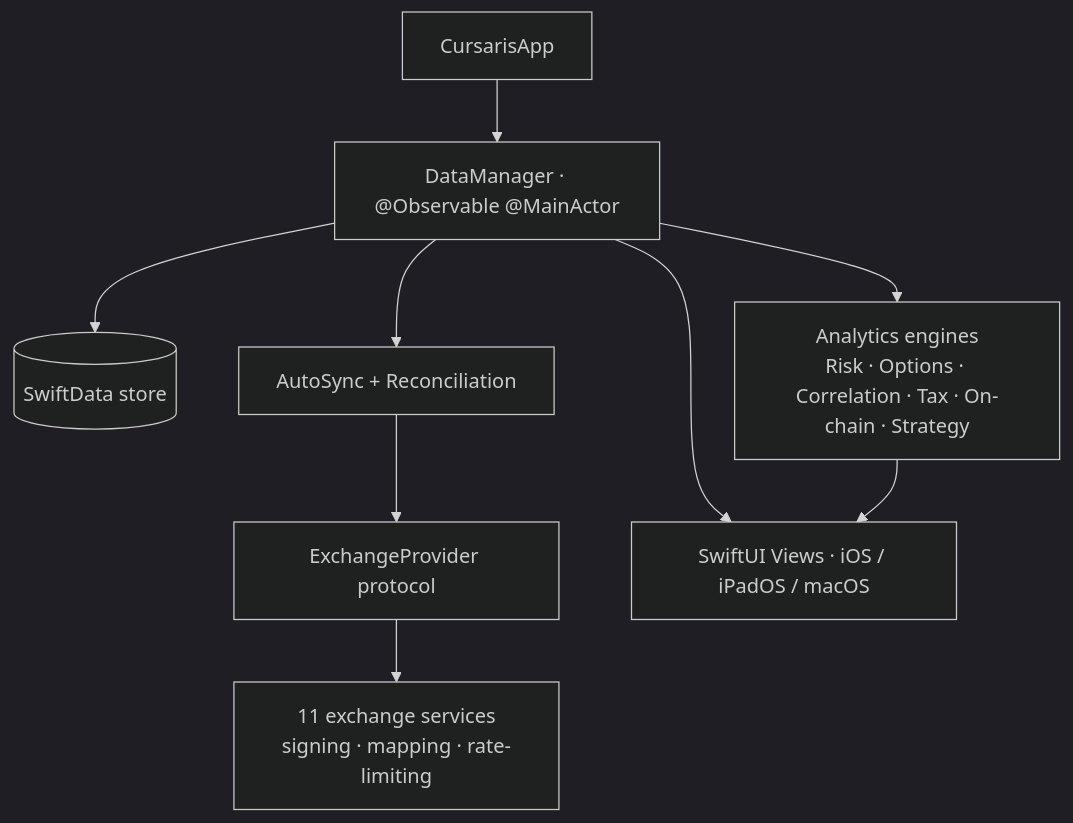
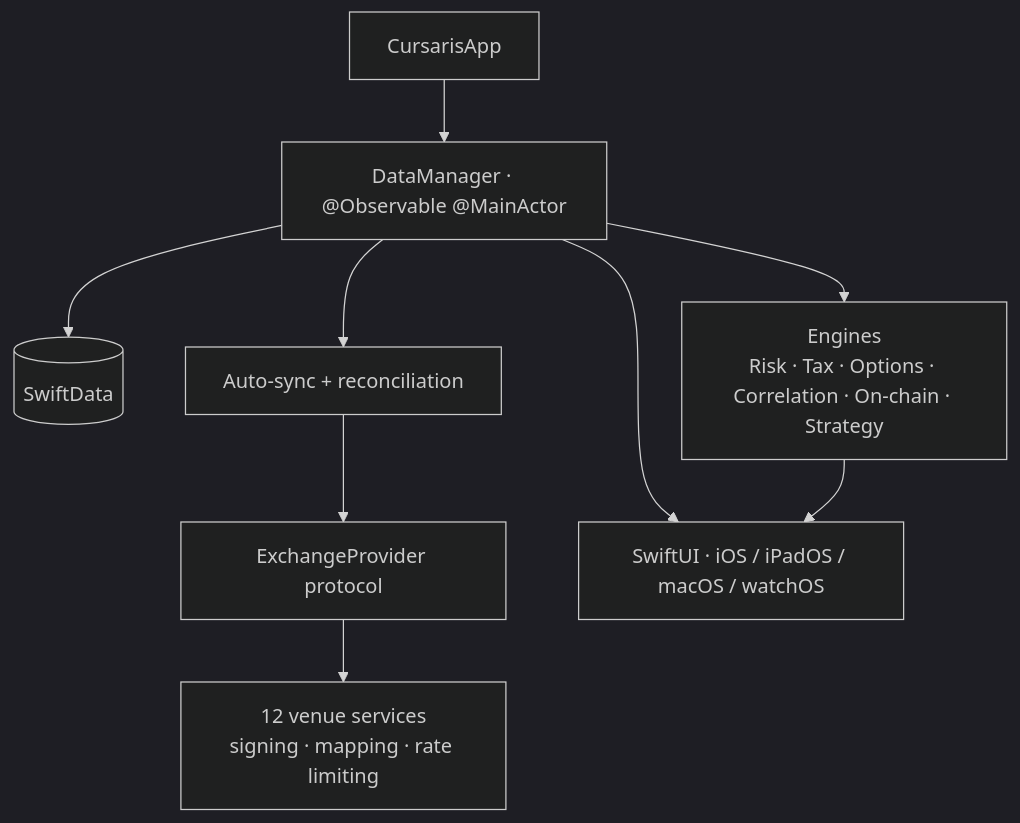
The diagram in README.md (OleksandrUskov/cursaris-showcase), drawn with Mermaid (dark theme) before and after one commit. The commit also changed other lines of this file, not shown here.

````diff
--- a/README.md
+++ b/README.md
@@ -102,11 +109,11 @@
 ```mermaid
 flowchart TD
     App[CursarisApp] --> DM[DataManager · @Observable @MainActor]
-    DM --> SwiftData[(SwiftData store)]
-    DM --> SyncEngine[AutoSync + Reconciliation]
-    SyncEngine --> Provider[ExchangeProvider protocol]
-    Provider --> EX["11 exchange services<br/>signing · mapping · rate-limiting"]
-    DM --> Engines["Analytics engines<br/>Risk · Options · Correlation · Tax · On-chain · Strategy"]
-    DM --> Views[SwiftUI Views · iOS / iPadOS / macOS]
+    DM --> Store[(SwiftData)]
+    DM --> Sync[Auto-sync + reconciliation]
+    Sync --> Provider[ExchangeProvider protocol]
+    Provider --> EX["12 venue services<br/>signing · mapping · rate limiting"]
+    DM --> Engines["Engines<br/>Risk · Tax · Options · Correlation · On-chain · Strategy"]
+    DM --> Views[SwiftUI · iOS / iPadOS / macOS / watchOS]
     Engines --> Views
 ```
````
